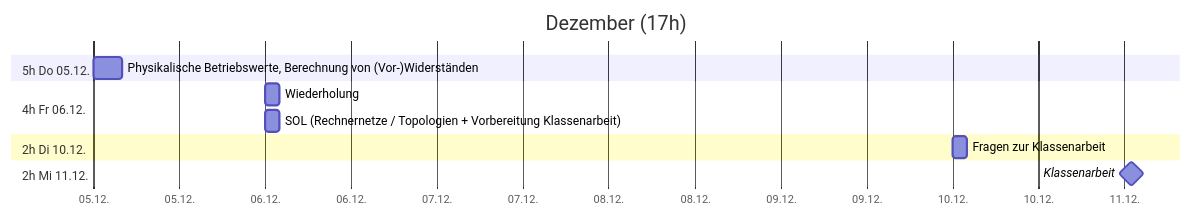
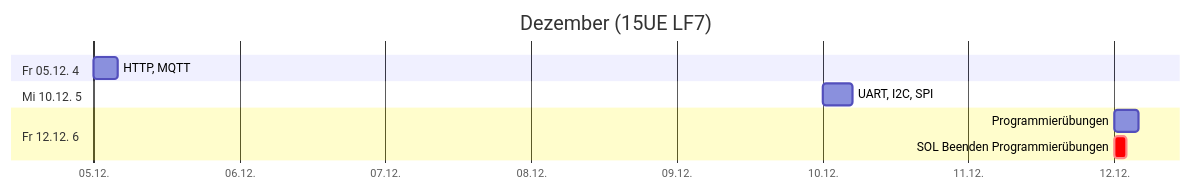
One commit to jonasnemeth/LF7 changed the third of 6 diagrams in src/plan.md. Above: the diagram before and after it, drawn with Mermaid. The commit also changed other lines of this file and 6 other files, not shown here.

````diff
--- a/src/plan.md
+++ b/src/plan.md
@@ -32,15 +41,13 @@
 ```mermaid
 gantt
- title Dezember (17h)
+ title Dezember (15UE LF7)
  dateFormat YYYY-MM-DD
  axisFormat %d.%m.
- section 5h Do 05.12.
-  Physikalische Betriebswerte, Berechnung von (Vor-)Widerständen  :2024-12-05, 4h
- section 4h Fr 06.12.
-  Wiederholung                :2024-12-06, 2h
-  SOL (Rechnernetze / Topologien + Vorbereitung Klassenarbeit)  :2024-12-06, 2h
- section 2h Di 10.12.
-  Fragen zur Klassenarbeit    :2024-12-10, 2h
- section 2h Mi 11.12.
-  Klassenarbeit               :milestone, 2024-12-11, 2h
+ section Fr 05.12. 4
+  HTTP, MQTT                  :2025-12-05, 4h
+ section Mi 10.12. 5
+  UART, I2C, SPI              :2025-12-10, 5h
+ section Fr 12.12. 6
+  Programmierübungen          :2025-12-12, 4h
+  SOL Beenden Programmierübungen  :crit, 2025-12-12, 2h
 ```
````
